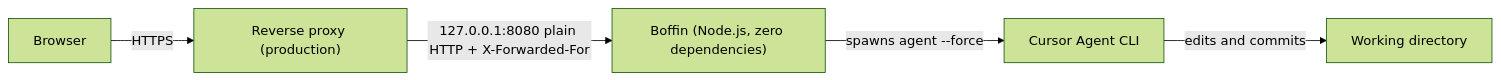
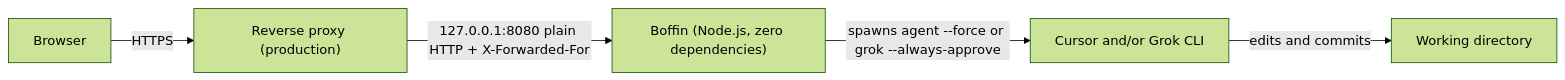
Before and after one commit to weakish/vibe: the diagram in boffin/README.md, drawn with Mermaid (forest theme). The commit also changed other lines of this file and 33 other files, not shown here.

First line of the commit message:
:new: add Grok CLI, usage bar, and Settings refresh

````diff
--- a/boffin/README.md
+++ b/boffin/README.md
@@ -9,7 +9,7 @@
 ```mermaid
 flowchart LR
     Browser["Browser"] -->|"HTTPS"| Proxy["Reverse proxy (production)"]
     Proxy -->|"127.0.0.1:8080 plain HTTP + X-Forwarded-For"| Boffin["Boffin (Node.js, zero dependencies)"]
-    Boffin -->|"spawns agent --force"| Agent["Cursor Agent CLI"]
+    Boffin -->|"spawns agent --force or grok --always-approve"| Agent["Cursor and/or Grok CLI"]
     Agent -->|"edits and commits"| Workdir["Working directory"]
 ```
````
